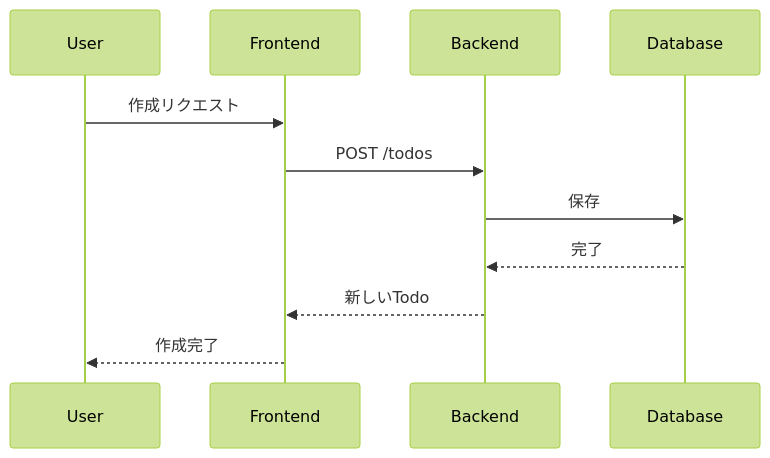
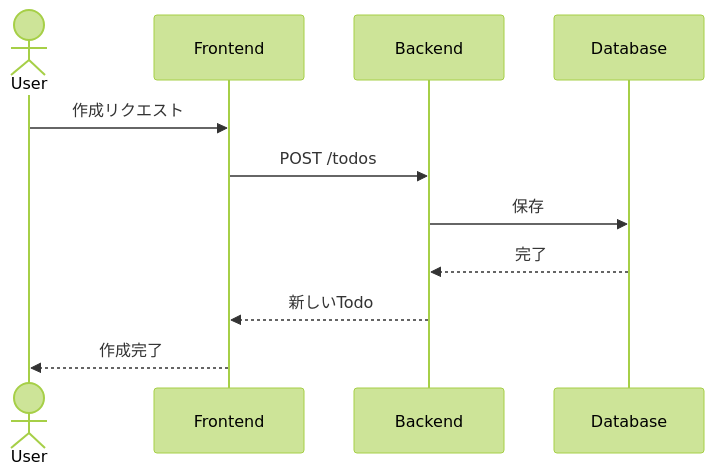
The first of 2 diagrams in src/slides/2024-09-19/slides.md (SphereStacking/SlideCollection), drawn with Mermaid (forest theme) before and after one commit. The commit also changed other lines of this file and 1 other file, not shown here.

````diff
--- a/src/slides/2024-09-19/slides.md
+++ b/src/slides/2024-09-19/slides.md
@@ -573,14 +633,14 @@
 ```mermaid
 sequenceDiagram
-    participant User
+    actor User
     participant Frontend
     participant Backend
     participant Database
 
     User->>Frontend: 作成リクエスト
     Frontend->>Backend: POST /todos
     Backend->>Database: 保存
     Database-->>Backend: 完了
     Backend-->>Frontend: 新しいTodo
     Frontend-->>User: 作成完了
 ```
````
